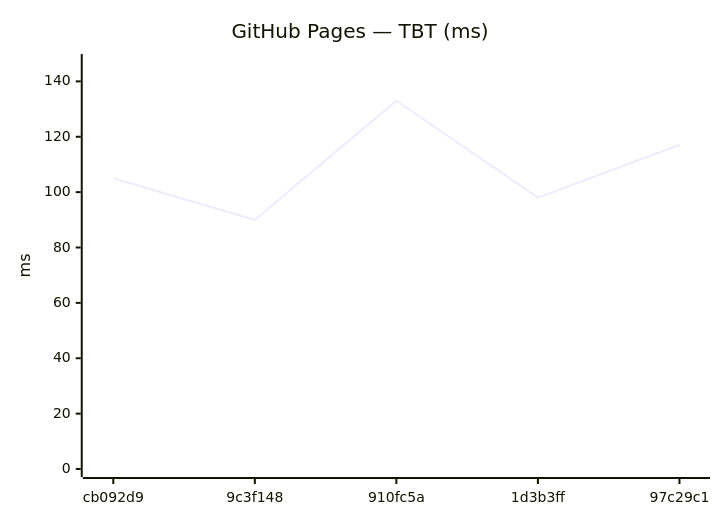
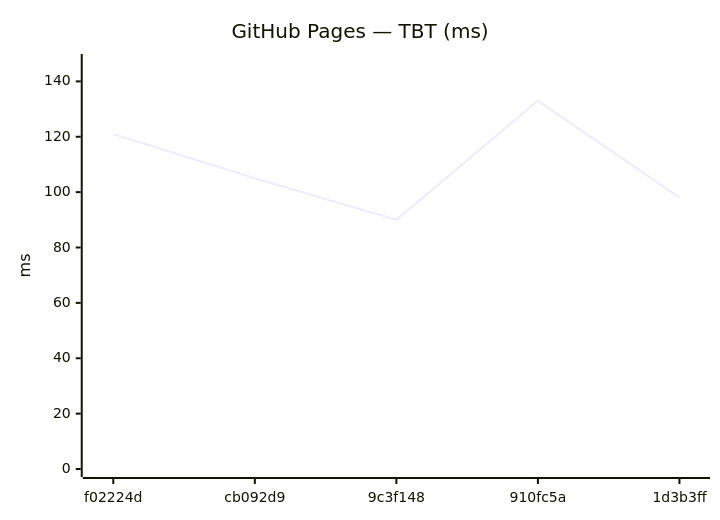
The tenth of 18 diagrams in benchmarks/compare.md (Metaheurist/Rianell), drawn with Mermaid before and after one commit. The commit also changed other lines of this file and 11 other files, not shown here.

````diff
--- a/benchmarks/compare.md
+++ b/benchmarks/compare.md
@@ -149,7 +149,7 @@
 ```mermaid
 xychart-beta
     title "GitHub Pages — TBT (ms)"
-    x-axis ["cb092d9", "9c3f148", "910fc5a", "1d3b3ff", "97c29c1"]
+    x-axis ["f02224d", "cb092d9", "9c3f148", "910fc5a", "1d3b3ff"]
     y-axis "ms" 0 --> 147
-    line [105, 90, 133, 98, 117]
+    line [121, 105, 90, 133, 98]
 ```
````
